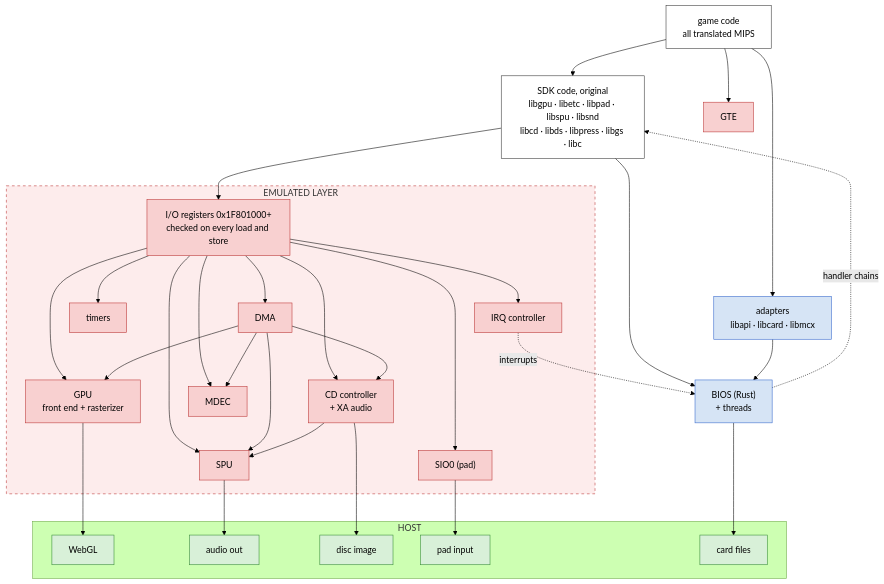
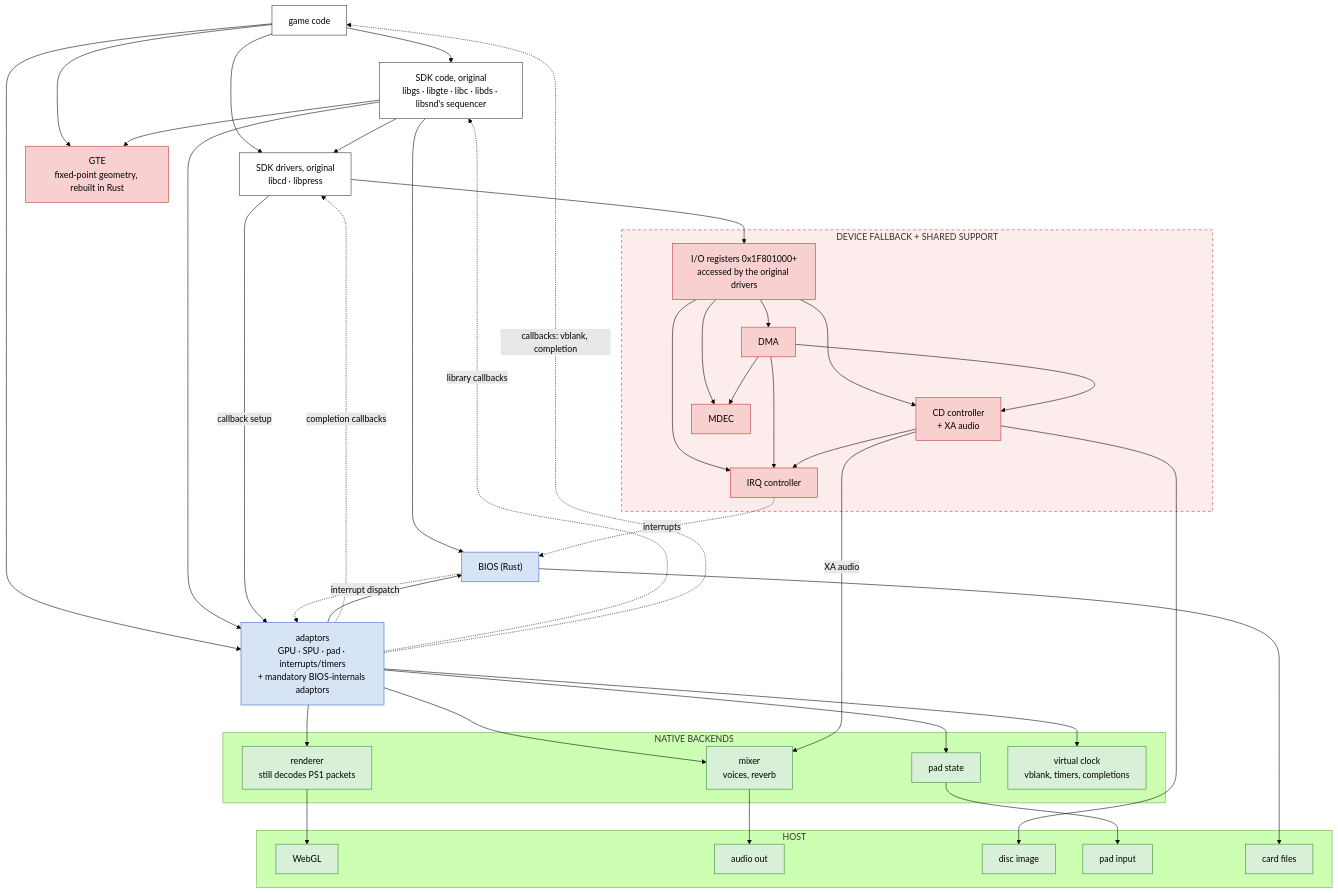
Before and after one commit to dpchamps-vibe-city/psx-wasm: the third of 3 diagrams in docs/emulation-layers.md, drawn with Mermaid (forest theme). The commit also changed other lines of this file and 10 other files, not shown here.

````diff
--- a/docs/emulation-layers.md
+++ b/docs/emulation-layers.md
@@ -104,58 +149,70 @@
 ```mermaid
 flowchart TB
-  game["game code<br/>all translated MIPS"]
-  sdk["SDK code, original<br/>libgpu · libetc · libpad · libspu · libsnd<br/>libcd · libds · libpress · libgs · libc"]
-  adapt["adapters<br/>libapi · libcard · libmcx"]
-  bios["BIOS (Rust)<br/>+ threads"]
-  gte["GTE"]
+  game["game code"]
+  sdk["SDK code, original<br/>libgs · libgte · libc · libds · libsnd's sequencer"]
+  drivers["SDK drivers, original<br/>libcd · libpress"]
+  adapt["adaptors<br/>GPU · SPU · pad · interrupts/timers<br/>+ mandatory BIOS-internals adaptors"]
+  bios["BIOS (Rust)"]
+  gte["GTE<br/>fixed-point geometry, rebuilt in Rust"]
 
-  subgraph emuLayer ["EMULATED LAYER"]
-    regs["I/O registers 0x1F801000+<br/>checked on every load and store"]
+  subgraph emuLayer ["DEVICE FALLBACK + SHARED SUPPORT"]
+    regs["I/O registers 0x1F801000+<br/>accessed by the original drivers"]
+    dma["DMA"]
     irq["IRQ controller"]
-    tim["timers"]
-    dma["DMA"]
-    gpu["GPU<br/>front end + rasterizer"]
-    spu["SPU"]
-    sio["SIO0 (pad)"]
     cdc["CD controller<br/>+ XA audio"]
     mdec["MDEC"]
+  end
+
+  subgraph back ["NATIVE BACKENDS"]
+    render["renderer<br/>still decodes PS1 packets"]
+    mixer["mixer<br/>voices, reverb"]
+    input["pad state"]
+    clock["virtual clock<br/>vblank, timers, completions"]
   end
 
   subgraph hostRow ["HOST"]
     gl["WebGL"]
     audio["audio out"]
     disc["disc image"]
     pad["pad input"]
     cards["card files"]
   end
 
   game --> sdk
+  game --> drivers
   game --> adapt
   game --> gte
+  sdk --> drivers
+  sdk --> adapt
+  sdk --> gte
   sdk --> bios
-  sdk --> regs
+  drivers --> regs
+  drivers -- "callback setup" --> adapt
   adapt --> bios
-  regs --> irq & tim & dma & gpu & spu & sio & cdc & mdec
-  dma --> gpu
-  dma --> spu
-  dma --> cdc
-  dma --> mdec
-  cdc --> spu
-  gpu --> gl
-  spu --> audio
-  sio --> pad
+  adapt --> render & mixer & input & clock
+  regs --> dma & irq & cdc & mdec
+  dma --> cdc & mdec
+  dma --> irq
+  cdc --> irq
+  cdc -- "XA audio" --> mixer
   cdc --> disc
+  render --> gl
+  mixer --> audio
+  input --> pad
   bios --> cards
   irq -. "interrupts" .-> bios
-  bios -. "handler chains" .-> sdk
+  bios -. "interrupt dispatch" .-> adapt
+  adapt -. "completion callbacks" .-> drivers
+  adapt -. "library callbacks" .-> sdk
+  adapt -. "callbacks: vblank, completion" .-> game
 
   classDef orig fill:#ffffff,stroke:#333,color:#000
   classDef rust fill:#d6e4f5,stroke:#36c,color:#000
   classDef emu fill:#f8d0d0,stroke:#b33,color:#000
   classDef native fill:#d8f0d8,stroke:#383,color:#000
-  class game,sdk orig
+  class game,sdk,drivers orig
   class adapt,bios rust
-  class gte,regs,irq,tim,dma,gpu,spu,sio,cdc,mdec emu
-  class gl,audio,disc,pad,cards native
+  class gte,regs,dma,irq,cdc,mdec emu
+  class render,mixer,input,clock,gl,audio,disc,pad,cards native
   style emuLayer fill:#fdecec,stroke:#b33,stroke-dasharray: 5 5
 ```
````
